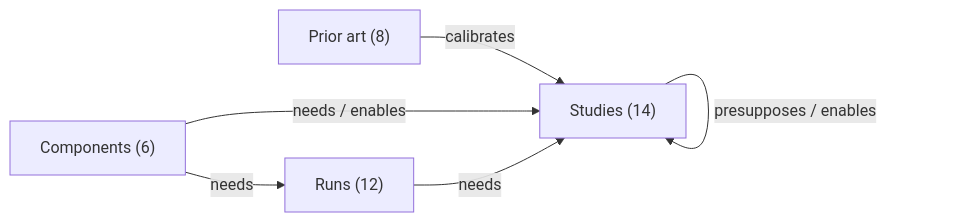
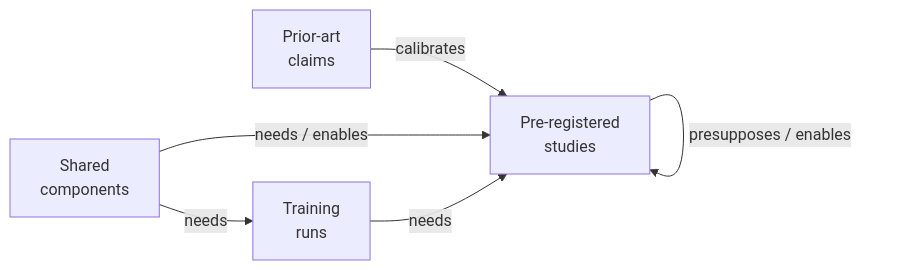
The diagram in generated/mermaid/overview.mmd (rbarghou/criteria-for-belief-talk-in-toy-models), drawn with Mermaid before and after one commit. The commit also changed 14 other files, not shown here.

Commit message:
Generate curated Mermaid research views

```diff
--- a/generated/mermaid/overview.mmd
+++ b/generated/mermaid/overview.mmd
@@ -1,7 +1,13 @@
-%% Research-program DAG overview
+%% Research-program overview
 flowchart LR
-prior["Prior art (8)"] -->|calibrates| studies["Studies (14)"]
-components["Components (6)"] -->|needs| runs["Runs (12)"]
+
+prior["Prior-art<br/>claims"]
+components["Shared<br/>components"]
+runs["Training<br/>runs"]
+studies["Pre-registered<br/>studies"]
+
+prior -->|calibrates| studies
+components -->|needs| runs
 components -->|needs / enables| studies
 runs -->|needs| studies
 studies -->|presupposes / enables| studies
```
